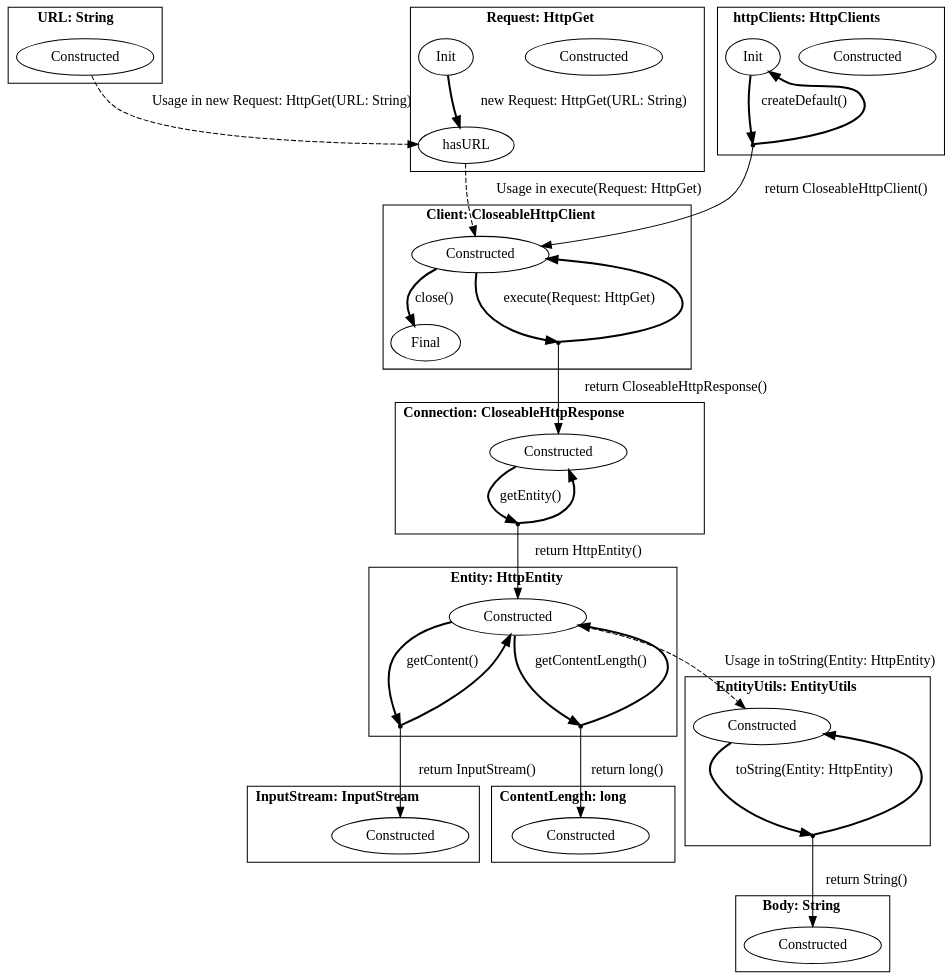
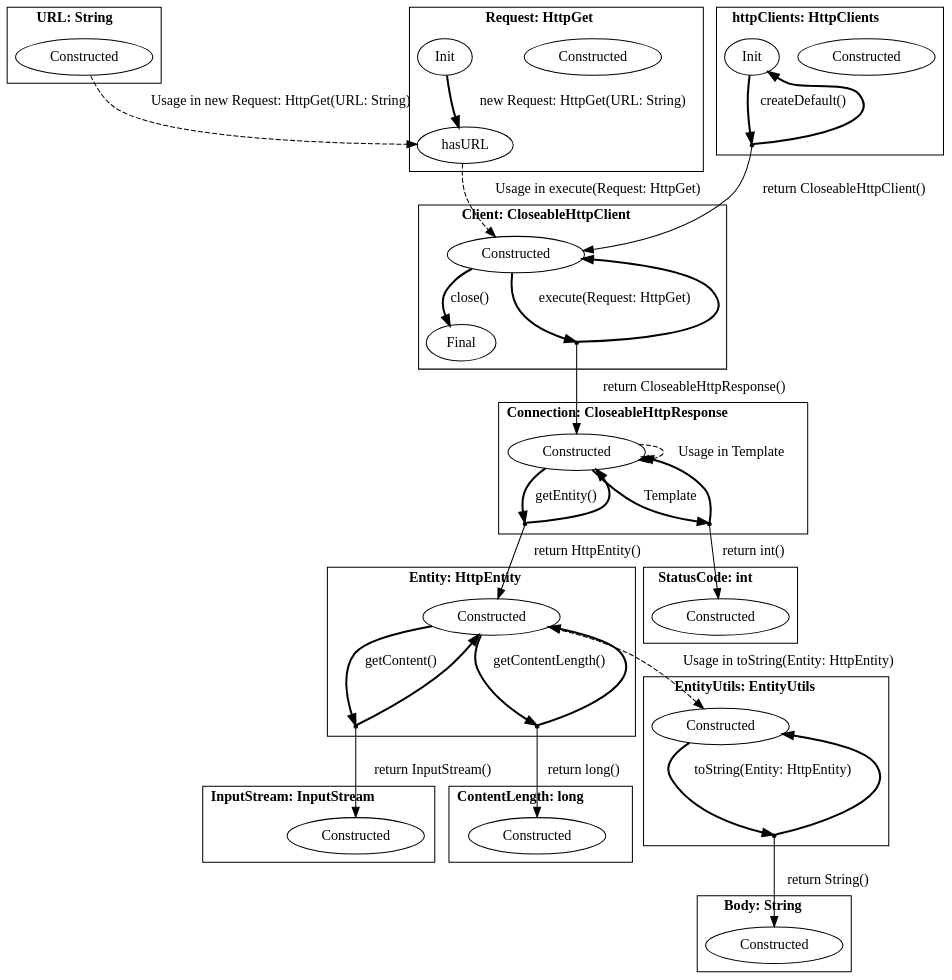
Before and after one commit to h31/LibraryMigration: the diagram in pictures/apache.dot, drawn with Graphviz. The commit also changed 4 other files, not shown here.

Commit message:
Improve OkHttp and Apache HttpClient models

```diff
--- a/pictures/apache.dot
+++ b/pictures/apache.dot
@@ -1,76 +1,85 @@
 digraph G {
     bgcolor="transparent";
     subgraph cluster0 {
     label = <<B>URL: String</B>>;
         Constructed_URL [ label="Constructed" ];
     }
     subgraph cluster1 {
     label = <<B>Request: HttpGet</B>>;
         Constructed_Request [ label="Constructed" ];
         hasURL_Request [ label="hasURL" ];
         Init_Request [ label="Init" ];
     }
     subgraph cluster2 {
     label = <<B>Client: CloseableHttpClient</B>>;
         Constructed_Client [ label="Constructed" ];
         Final_Client [ label="Final" ];
         virtual0 [ shape = point ];
     }
     subgraph cluster3 {
     label = <<B>Connection: CloseableHttpResponse</B>>;
         Constructed_Connection [ label="Constructed" ];
         virtual1 [ shape = point ];
+        virtual2 [ shape = point ];
     }
     subgraph cluster4 {
     label = <<B>Body: String</B>>;
         Constructed_Body [ label="Constructed" ];
     }
     subgraph cluster5 {
     label = <<B>httpClients: HttpClients</B>>;
         Constructed_httpClients [ label="Constructed" ];
         Init_httpClients [ label="Init" ];
-        virtual2 [ shape = point ];
+        virtual3 [ shape = point ];
     }
     subgraph cluster6 {
     label = <<B>InputStream: InputStream</B>>;
         Constructed_InputStream [ label="Constructed" ];
     }
     subgraph cluster7 {
     label = <<B>ContentLength: long</B>>;
         Constructed_ContentLength [ label="Constructed" ];
     }
     subgraph cluster8 {
     label = <<B>Entity: HttpEntity</B>>;
         Constructed_Entity [ label="Constructed" ];
-        virtual3 [ shape = point ];
         virtual4 [ shape = point ];
+        virtual5 [ shape = point ];
     }
     subgraph cluster9 {
     label = <<B>EntityUtils: EntityUtils</B>>;
         Constructed_EntityUtils [ label="Constructed" ];
-        virtual5 [ shape = point ];
+        virtual6 [ shape = point ];
+    }
+    subgraph cluster10 {
+    label = <<B>StatusCode: int</B>>;
+        Constructed_StatusCode [ label="Constructed" ];
     }
         Constructed_URL -> hasURL_Request [ label="Usage in new Request: HttpGet(URL: String)", style = "dashed"  ];
         Init_Request -> hasURL_Request [ label="new Request: HttpGet(URL: String)", style = "bold"  ];
         hasURL_Request -> Constructed_Client [ label="Usage in execute(Request: HttpGet)", style = "dashed"  ];
         Constructed_Client -> virtual0 [ style = "bold" label="execute(Request: HttpGet)"  ];
         virtual0 -> Constructed_Client [ style = "bold"  ];
         virtual0 -> Constructed_Connection [ label="return CloseableHttpResponse()"  ];
         Constructed_Client -> Final_Client [ label="close()", style = "bold"  ];
         Constructed_Connection -> virtual1 [ style = "bold" label="getEntity()"  ];
         virtual1 -> Constructed_Connection [ style = "bold"  ];
         virtual1 -> Constructed_Entity [ label="return HttpEntity()"  ];
-        Init_httpClients -> virtual2 [ style = "bold" label="createDefault()"  ];
-        virtual2 -> Init_httpClients [ style = "bold"  ];
-        virtual2 -> Constructed_Client [ label="return CloseableHttpClient()"  ];
+        Constructed_Connection -> virtual2 [ style = "bold" label="Template"  ];
+        virtual2 -> Constructed_Connection [ style = "bold"  ];
+        virtual2 -> Constructed_StatusCode [ label="return int()"  ];
+        Constructed_Connection -> Constructed_Connection [ label="Usage in Template", style = "dashed"  ];
+        Init_httpClients -> virtual3 [ style = "bold" label="createDefault()"  ];
+        virtual3 -> Init_httpClients [ style = "bold"  ];
+        virtual3 -> Constructed_Client [ label="return CloseableHttpClient()"  ];
         Constructed_Entity -> Constructed_EntityUtils [ label="Usage in toString(Entity: HttpEntity)", style = "dashed"  ];
-        Constructed_Entity -> virtual3 [ style = "bold" label="getContent()"  ];
-        virtual3 -> Constructed_Entity [ style = "bold"  ];
-        virtual3 -> Constructed_InputStream [ label="return InputStream()"  ];
-        Constructed_Entity -> virtual4 [ style = "bold" label="getContentLength()"  ];
+        Constructed_Entity -> virtual4 [ style = "bold" label="getContent()"  ];
         virtual4 -> Constructed_Entity [ style = "bold"  ];
-        virtual4 -> Constructed_ContentLength [ label="return long()"  ];
-        Constructed_EntityUtils -> virtual5 [ style = "bold" label="toString(Entity: HttpEntity)"  ];
-        virtual5 -> Constructed_EntityUtils [ style = "bold"  ];
-        virtual5 -> Constructed_Body [ label="return String()"  ];
+        virtual4 -> Constructed_InputStream [ label="return InputStream()"  ];
+        Constructed_Entity -> virtual5 [ style = "bold" label="getContentLength()"  ];
+        virtual5 -> Constructed_Entity [ style = "bold"  ];
+        virtual5 -> Constructed_ContentLength [ label="return long()"  ];
+        Constructed_EntityUtils -> virtual6 [ style = "bold" label="toString(Entity: HttpEntity)"  ];
+        virtual6 -> Constructed_EntityUtils [ style = "bold"  ];
+        virtual6 -> Constructed_Body [ label="return String()"  ];
 }
```
